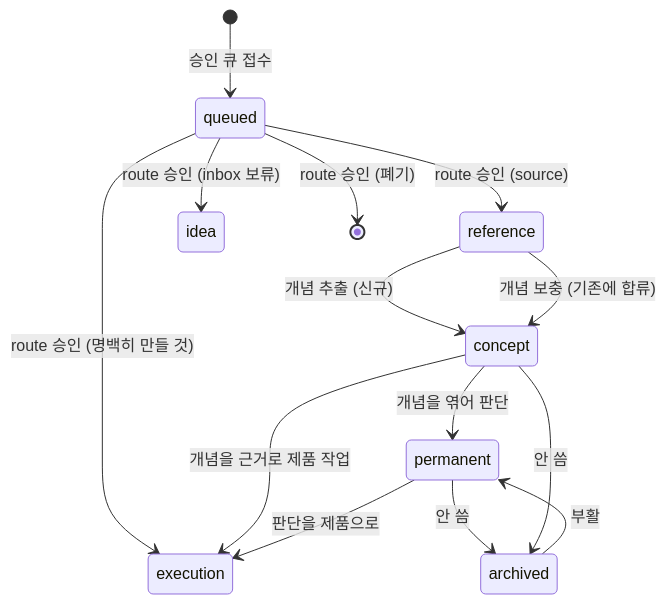
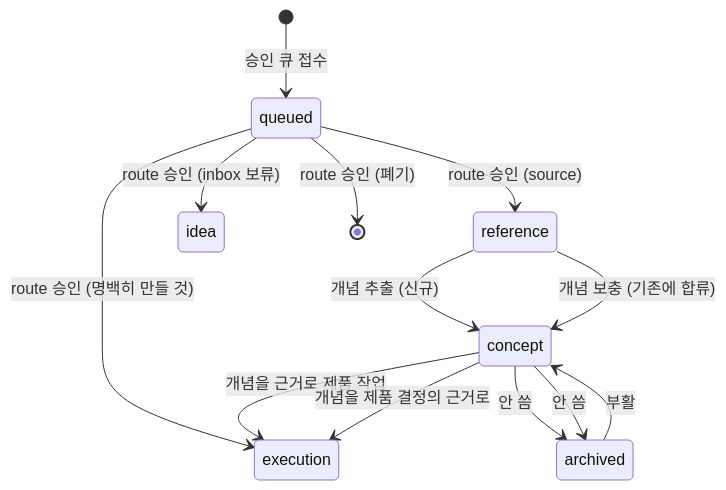
The diagram in products/kknaks-dev/20-spec/spec-003-knowledge-workflow.md (kknaks/kknaks_profile), drawn with Mermaid before and after one commit. The commit also changed other lines of this file and 10 other files, not shown here.

````diff
--- a/products/kknaks-dev/20-spec/spec-003-knowledge-workflow.md
+++ b/products/kknaks-dev/20-spec/spec-003-knowledge-workflow.md
@@ -122,16 +124,15 @@
 ```mermaid
 stateDiagram-v2
     [*] --> queued : 승인 큐 접수
     queued --> reference : route 승인 (source)
     queued --> idea : route 승인 (inbox 보류)
     queued --> execution : route 승인 (명백히 만들 것)
     queued --> [*] : route 승인 (폐기)
     reference --> concept : 개념 추출 (신규)
     reference --> concept : 개념 보충 (기존에 합류)
-    concept --> permanent : 개념을 엮어 판단
     concept --> execution : 개념을 근거로 제품 작업
-    permanent --> execution : 판단을 제품으로
-    permanent --> archived : 안 씀
+    concept --> execution : 개념을 제품 결정의 근거로
     concept --> archived : 안 씀
-    archived --> permanent : 부활
+    concept --> archived : 안 씀
+    archived --> concept : 부활
 ```
````
